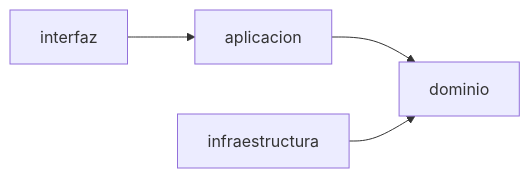
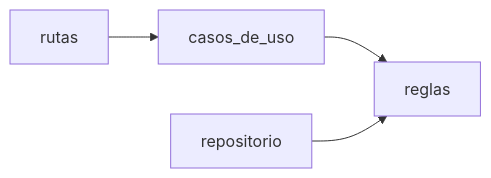
One commit to NahuelMosse/ClubNahuelMosse changed the second of 2 diagrams in docs/guia-basica.md. Above: the diagram before and after it, drawn with Mermaid. The commit also changed other lines of this file and 6 other files, not shown here.

````diff
--- a/docs/guia-basica.md
+++ b/docs/guia-basica.md
@@ -89,5 +87,5 @@
 ```mermaid
 flowchart LR
-  interfaz --> aplicacion --> dominio
-  infraestructura --> dominio
+  rutas --> casos_de_uso --> reglas
+  repositorio --> reglas
 ```
````
